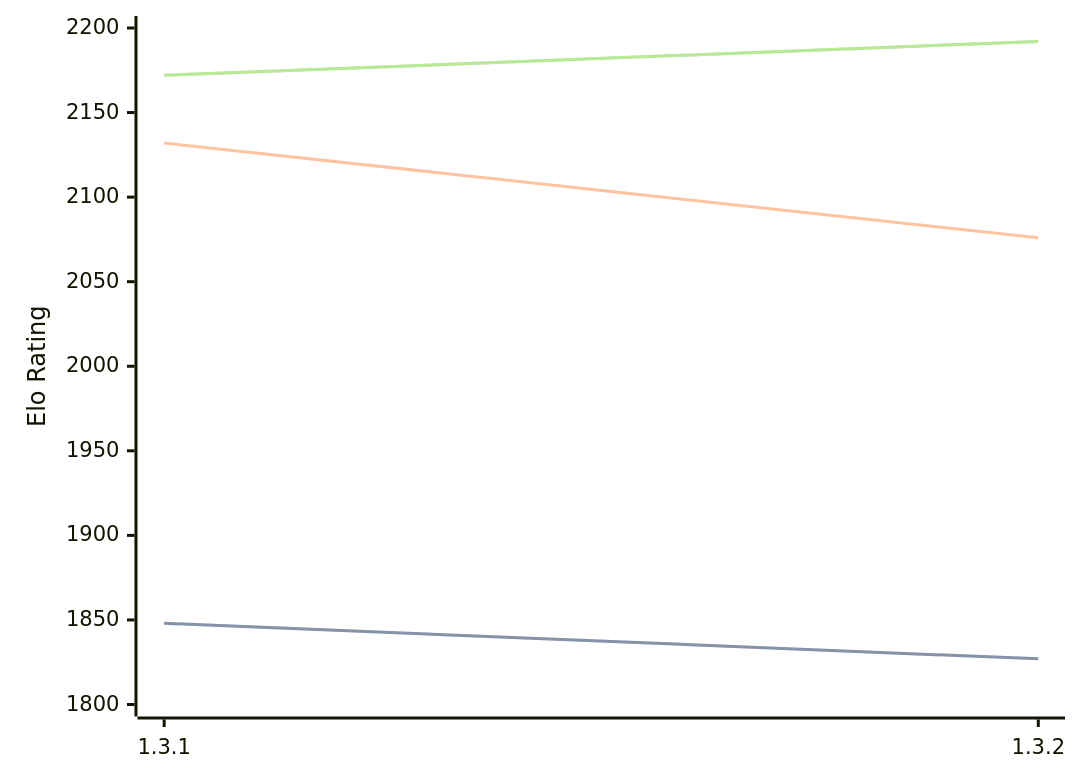
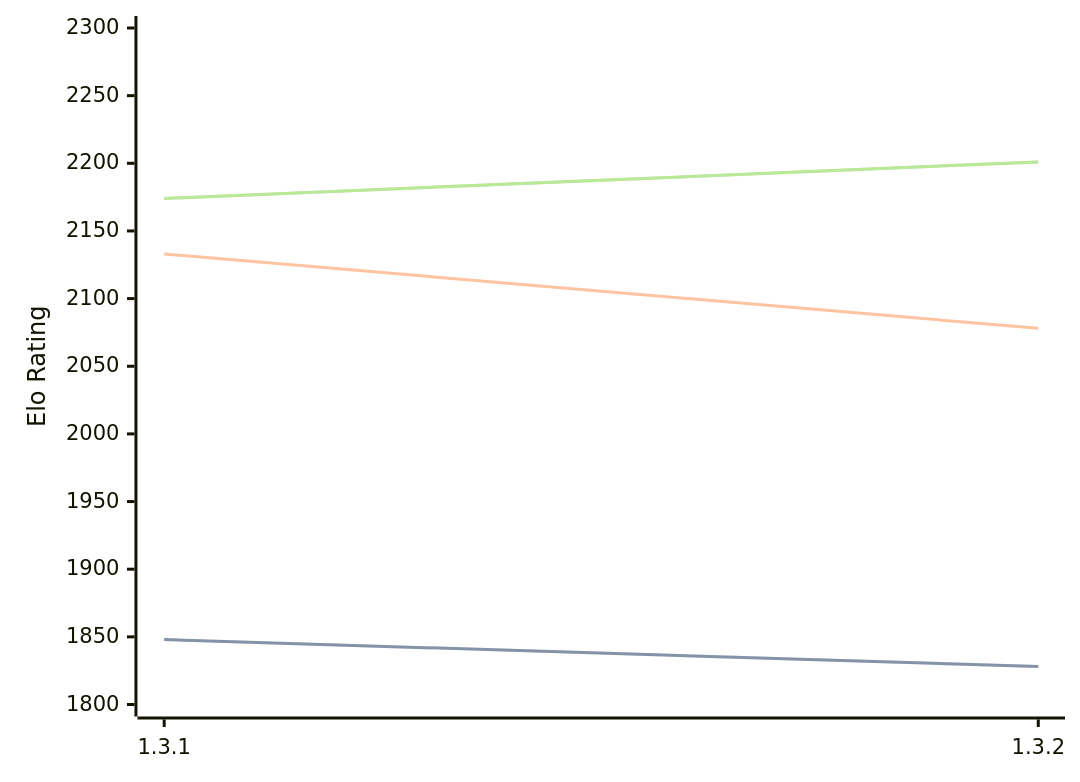
The diagram in engines/Zugblitz.md (computer-chess-index/cci), drawn with Mermaid before and after one commit. The commit also changed other lines of this file, not shown here.

Commit message:
Update CCI Ratings (ELO VLTC) - 2026-07-24

````diff
--- a/engines/Zugblitz.md
+++ b/engines/Zugblitz.md
@@ -32,11 +32,11 @@
 ```mermaid
 %%{init: {"theme":"base","themeVariables":{"seriesColors:['#a3a3a3','#222221','#faa371']}}}%%
 xychart-beta
   x-axis ["1.3.1", "1.3.2"]
-  y-axis "Elo Rating" 1800 --> 2200
-  line "STC (8.0+0.08s)" [1848, 1827]
-  line "STC (8.0+0.08s)" [1848, 1827]
-  line "LTC (60.0+0.60s)" [2132, 2076]
-  line "VLTC (2m24s+1.12s)" [2172, 2192]
-  line "VLTC (2m24s+1.12s)" [2172, 2192]
+  y-axis "Elo Rating" 1800 --> 2300
+  line "STC (8.0+0.08s)" [1848, 1828]
+  line "STC (8.0+0.08s)" [1848, 1828]
+  line "LTC (60.0+0.60s)" [2133, 2078]
+  line "VLTC (2m24s+1.12s)" [2174, 2201]
+  line "VLTC (2m24s+1.12s)" [2174, 2201]
 ```
````
